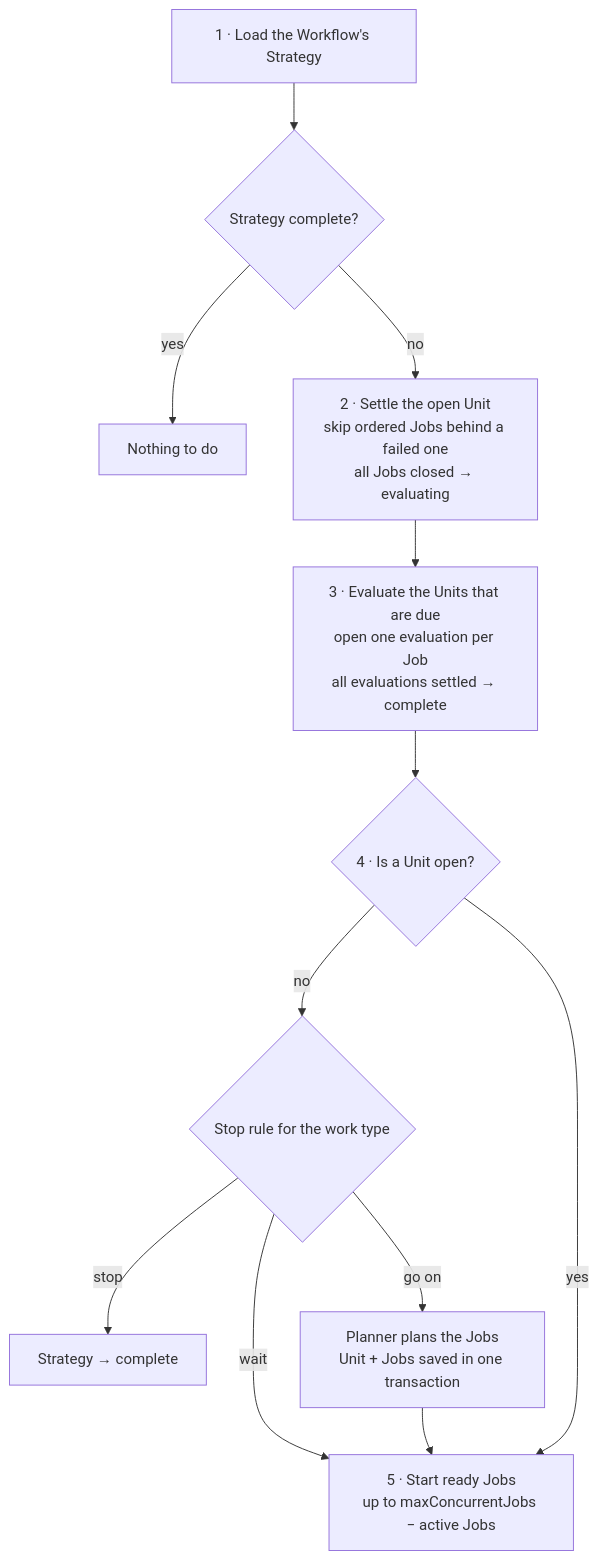
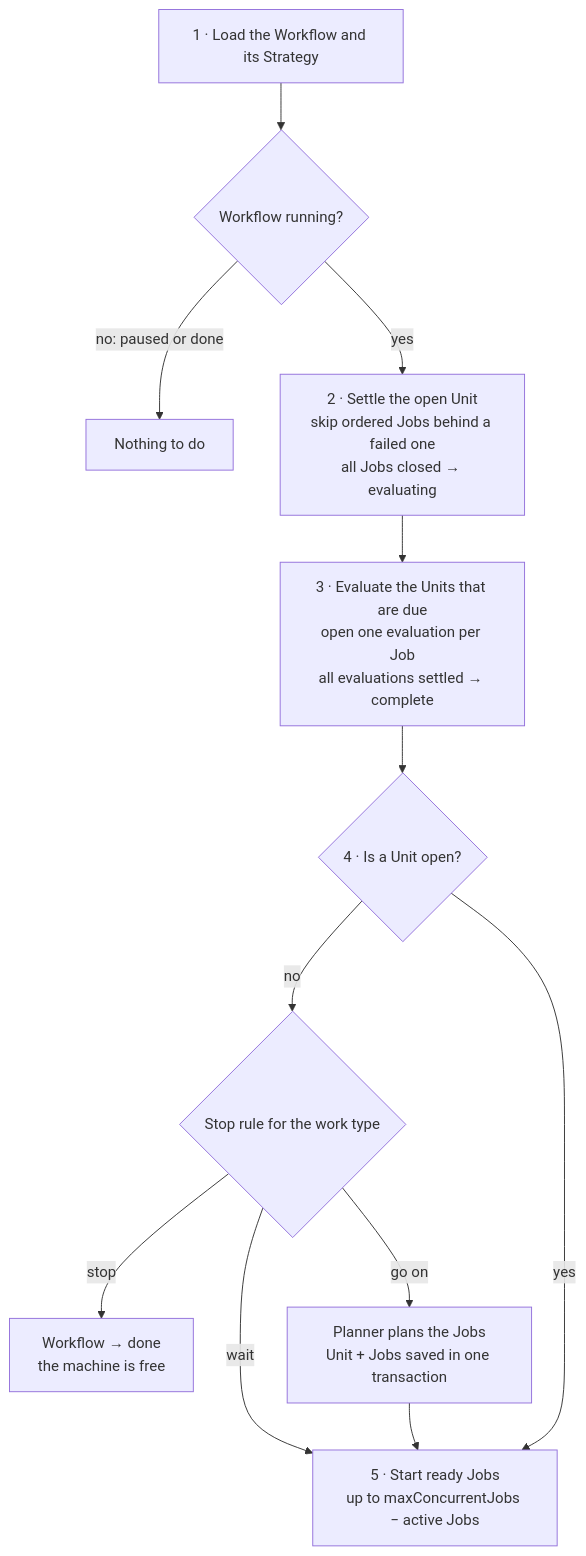
The third of 4 diagrams in packages/backend/src/orchestrator/tech-spec.md (BaraaSoft/agentcores), drawn with Mermaid before and after one commit. The commit also changed other lines of this file and 64 other files, not shown here.

First line of the commit message:
Refactor strategy and workflow management in backend

````diff
--- a/packages/backend/src/orchestrator/tech-spec.md
+++ b/packages/backend/src/orchestrator/tech-spec.md
@@ -153,14 +200,14 @@
 ```mermaid
 flowchart TD
-    A["1 · Load the Workflow's Strategy"] --> B{"Strategy complete?"}
-    B -- yes --> Z["Nothing to do"]
-    B -- no --> C["2 · Settle the open Unit<br/>skip ordered Jobs behind a failed one<br/>all Jobs closed → evaluating"]
+    A["1 · Load the Workflow and its Strategy"] --> B{"Workflow running?"}
+    B -- "no: paused or done" --> Z["Nothing to do"]
+    B -- yes --> C["2 · Settle the open Unit<br/>skip ordered Jobs behind a failed one<br/>all Jobs closed → evaluating"]
     C --> D["3 · Evaluate the Units that are due<br/>open one evaluation per Job<br/>all evaluations settled → complete"]
     D --> E{"4 · Is a Unit open?"}
     E -- no --> F{"Stop rule for the work type"}
     F -- "wait" --> G
-    F -- "stop" --> H["Strategy → complete"]
+    F -- "stop" --> H["Workflow → done<br/>the machine is free"]
     F -- "go on" --> I["Planner plans the Jobs<br/>Unit + Jobs saved in one transaction"]
     I --> G
     E -- yes --> G["5 · Start ready Jobs<br/>up to maxConcurrentJobs − active Jobs"]
 ```
````
